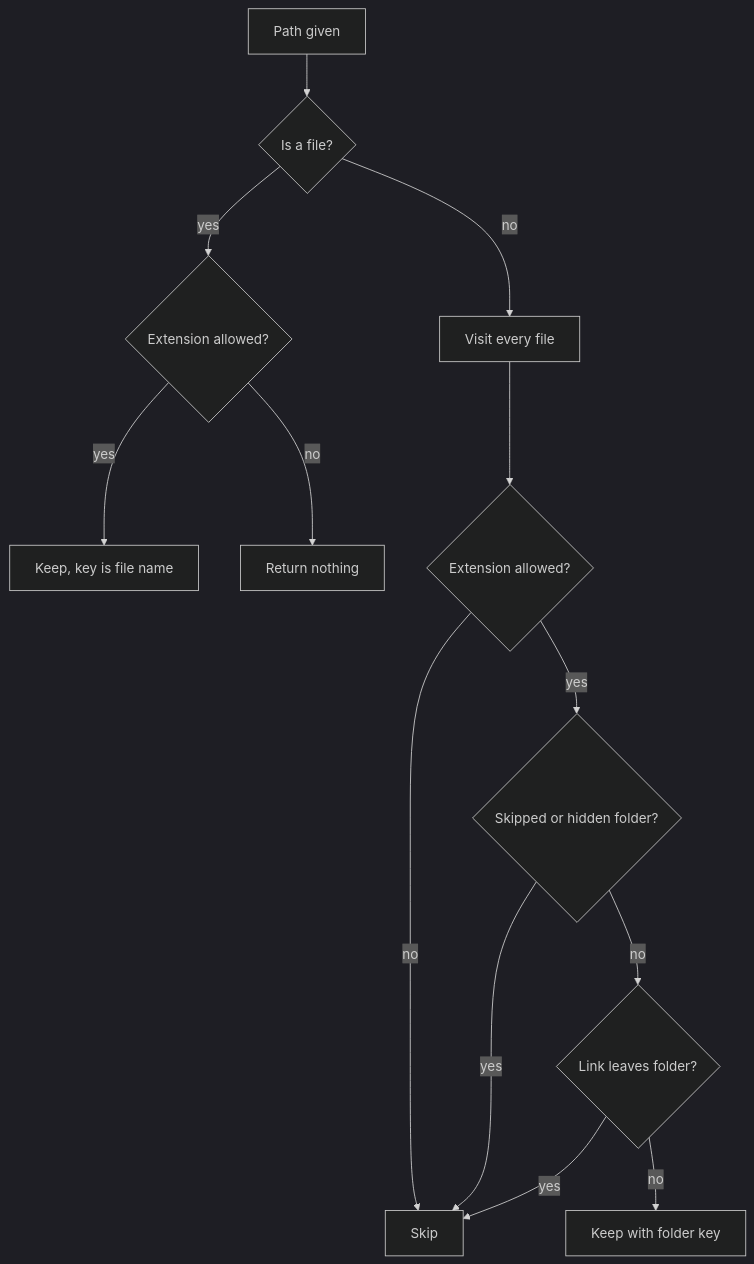
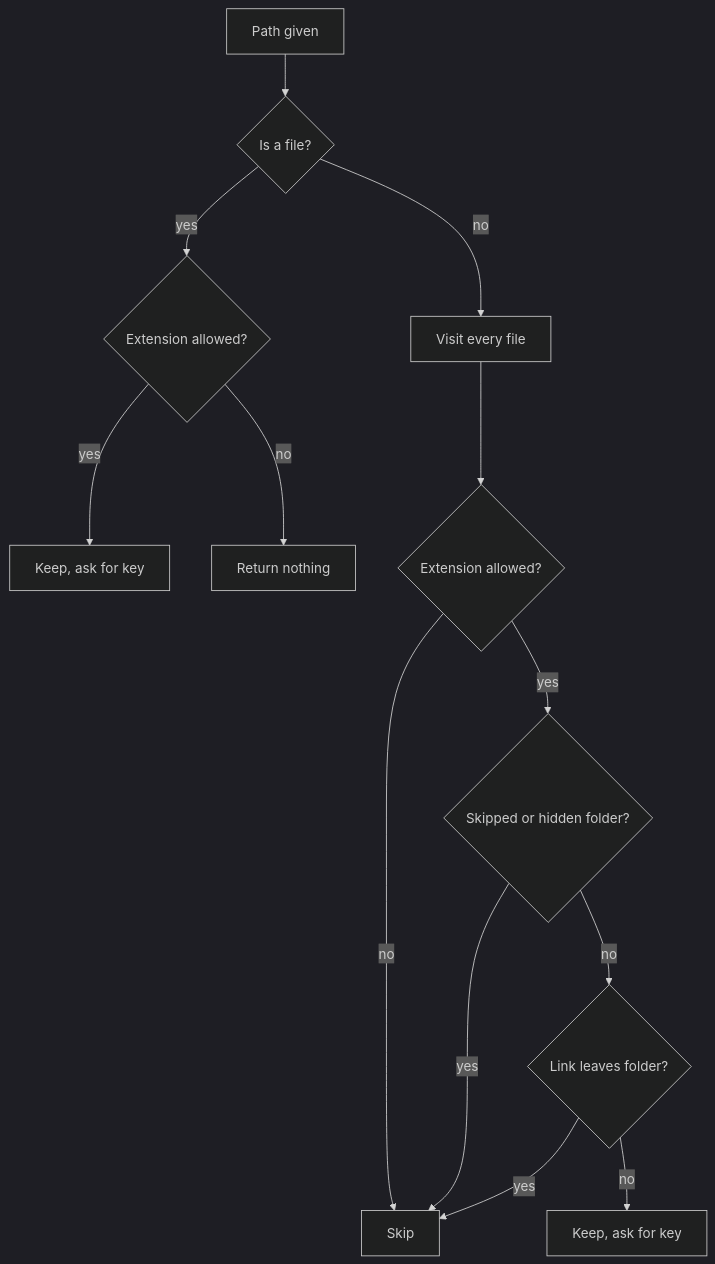
One commit to dipenpatel-dev/tollgate changed the second of 2 diagrams in docs/scripts/search/reference_add.md. Above: the diagram before and after it, drawn with Mermaid (dark theme). The commit also changed other lines of this file and 5 other files, not shown here.

````diff
--- a/docs/scripts/search/reference_add.md
+++ b/docs/scripts/search/reference_add.md
@@ -69,16 +75,16 @@
 ```mermaid
 flowchart TD
   %% L3 for collect. Max 12 nodes.
   Target["Path given"] --> IsFile{"Is a file?"}
   IsFile -->|yes| Ext1{"Extension allowed?"}
-  Ext1 -->|yes| OneKey["Keep, key is file name"]
+  Ext1 -->|yes| OneKey["Keep, ask for key"]
   Ext1 -->|no| Empty["Return nothing"]
   IsFile -->|no| Walk["Visit every file"]
   Walk --> Ext2{"Extension allowed?"}
   Ext2 -->|no| Drop["Skip"]
   Ext2 -->|yes| Hidden{"Skipped or hidden folder?"}
   Hidden -->|yes| Drop
   Hidden -->|no| Link{"Link leaves folder?"}
   Link -->|yes| Drop
-  Link -->|no| Keep["Keep with folder key"]
+  Link -->|no| Keep["Keep, ask for key"]
 ```
````
